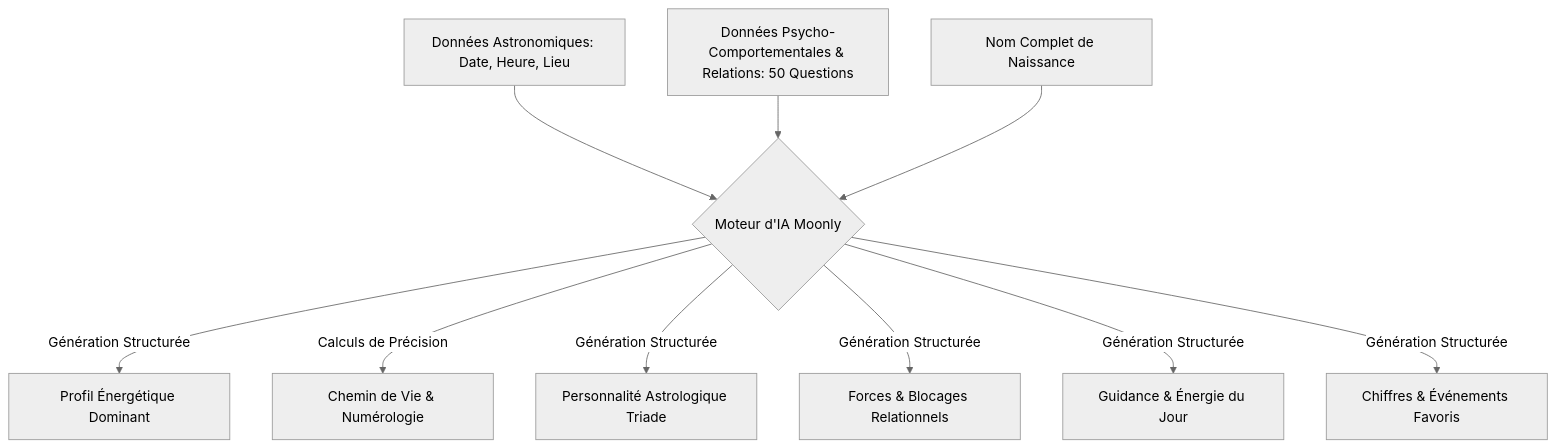
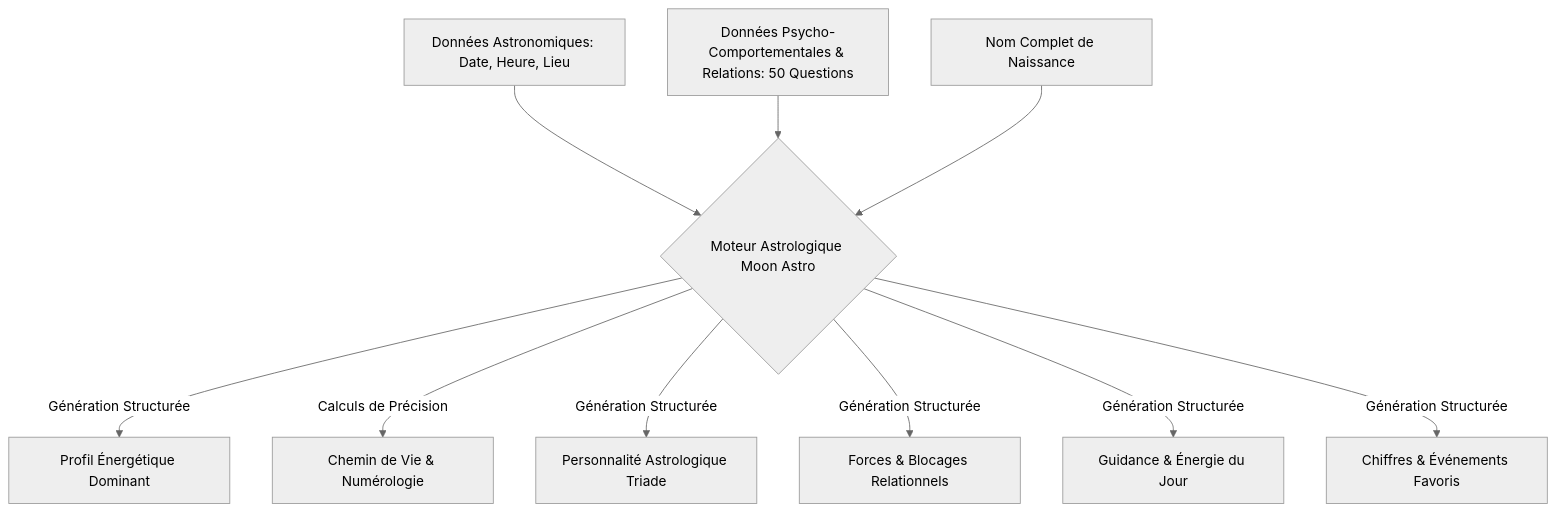
One commit to MelDennis1992/MoonAstro changed the third of 6 diagrams in productdesign.md. Above: the diagram before and after it, drawn with Mermaid (neutral theme). The commit also changed other lines of this file and 10 other files, not shown here.

````diff
--- a/productdesign.md
+++ b/productdesign.md
@@ -145,12 +145,12 @@
 ```mermaid
 flowchart TD
-    SubData[Données Astronomiques: Date, Heure, Lieu] --> AI_Engine{Moteur d'IA Moonly}
+    SubData[Données Astronomiques: Date, Heure, Lieu] --> AI_Engine{Moteur Astrologique Moon Astro}
     QuizData[Données Psycho-Comportementales & Relations: 50 Questions] --> AI_Engine
     NameData[Nom Complet de Naissance] --> AI_Engine
     AI_Engine -->|Génération Structurée| Out1[Profil Énergétique Dominant]
     AI_Engine -->|Calculs de Précision| Out2[Chemin de Vie & Numérologie]
     AI_Engine -->|Génération Structurée| Out3[Personnalité Astrologique Triade]
     AI_Engine -->|Génération Structurée| Out4[Forces & Blocages Relationnels]
     AI_Engine -->|Génération Structurée| Out5[Guidance & Énergie du Jour]
     AI_Engine -->|Génération Structurée| Out6[Chiffres & Événements Favoris]
 ```
````
